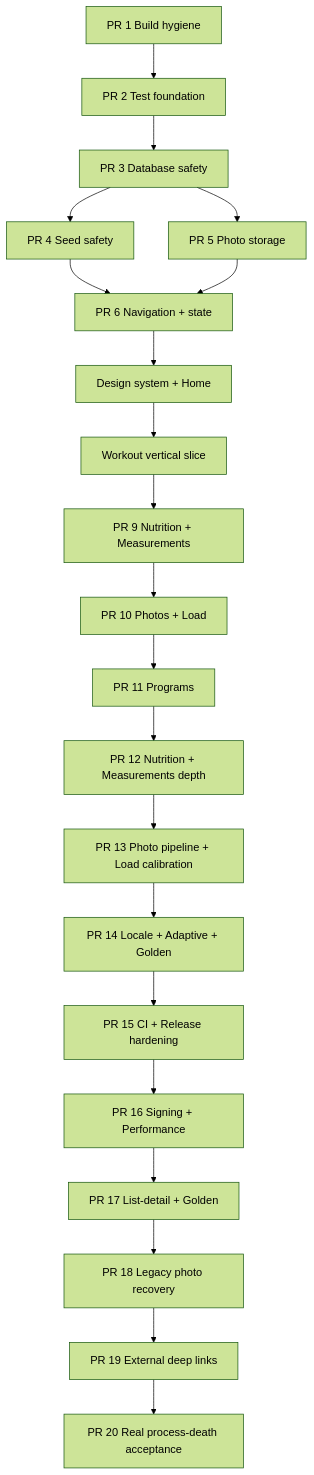
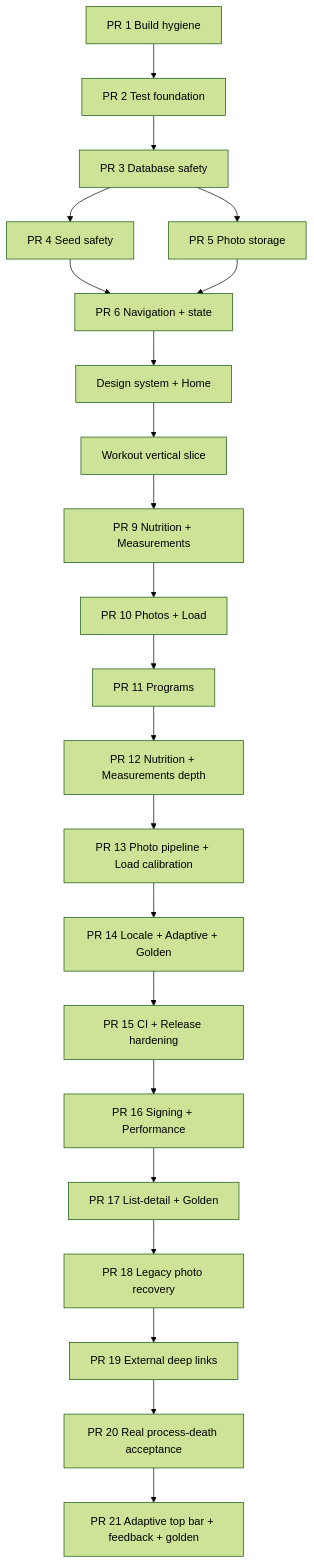
Before and after one commit to MehmetKucukOfficial/GymTracker: the diagram in docs/obsidian/roadmap/ROADMAP_EXECUTION_GRAPH.md, drawn with Mermaid (forest theme). The commit also changed other lines of this file and 11 other files, not shown here.

Commit message:
docs: map adaptive feedback acceptance

````diff
--- a/docs/obsidian/roadmap/ROADMAP_EXECUTION_GRAPH.md
+++ b/docs/obsidian/roadmap/ROADMAP_EXECUTION_GRAPH.md
@@ -14,23 +14,24 @@
 ```mermaid
 flowchart TD
     PR1[PR 1 Build hygiene] --> PR2[PR 2 Test foundation]
     PR2 --> PR3[PR 3 Database safety]
     PR3 --> PR4[PR 4 Seed safety]
     PR3 --> PR5[PR 5 Photo storage]
     PR4 --> PR6[PR 6 Navigation + state]
     PR5 --> PR6
     PR6 --> UI[Design system + Home]
     UI --> WO[Workout vertical slice]
     WO --> N[PR 9 Nutrition + Measurements]
     N --> P[PR 10 Photos + Load]
     P --> PG[PR 11 Programs]
     PG --> ND[PR 12 Nutrition + Measurements depth]
     ND --> PC[PR 13 Photo pipeline + Load calibration]
     PC --> AL[PR 14 Locale + Adaptive + Golden]
     AL --> B[PR 15 CI + Release hardening]
     B --> RP[PR 16 Signing + Performance]
     RP --> LG[PR 17 List-detail + Golden]
     LG --> LR[PR 18 Legacy photo recovery]
     LR --> DL[PR 19 External deep links]
     DL --> PD[PR 20 Real process-death acceptance]
+    PD --> AF[PR 21 Adaptive top bar + feedback + golden]
 ```
````
